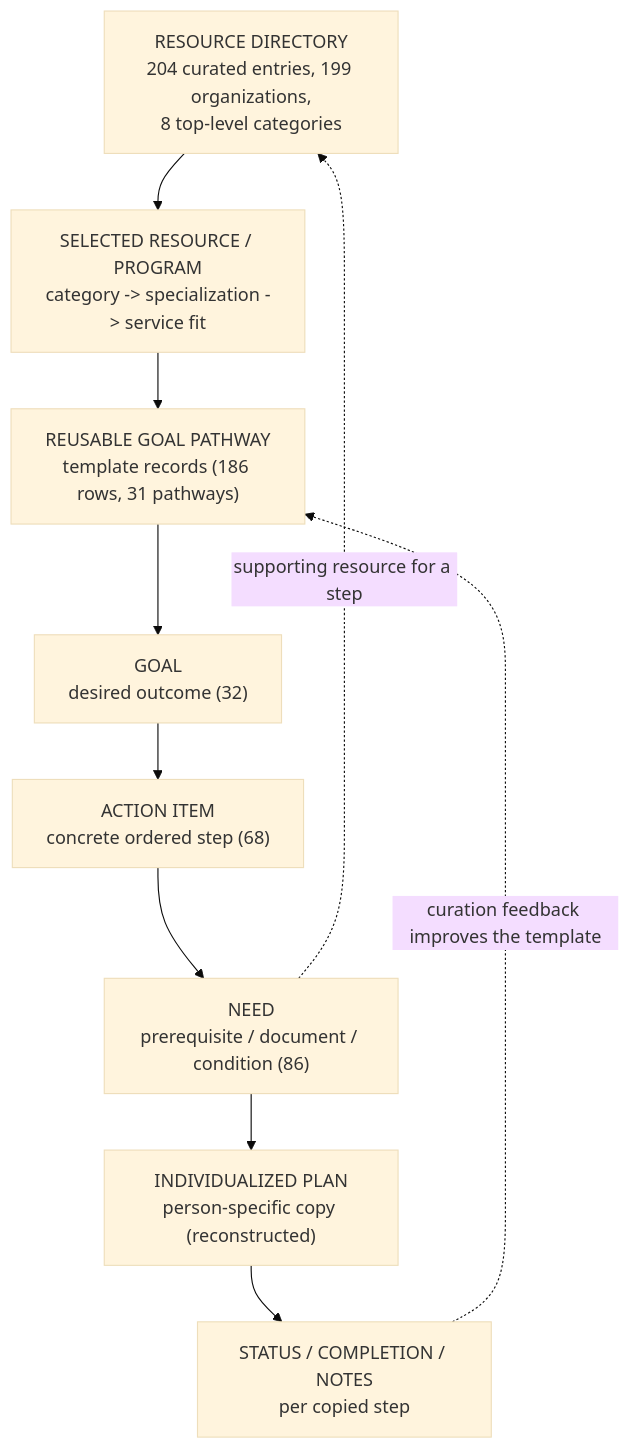
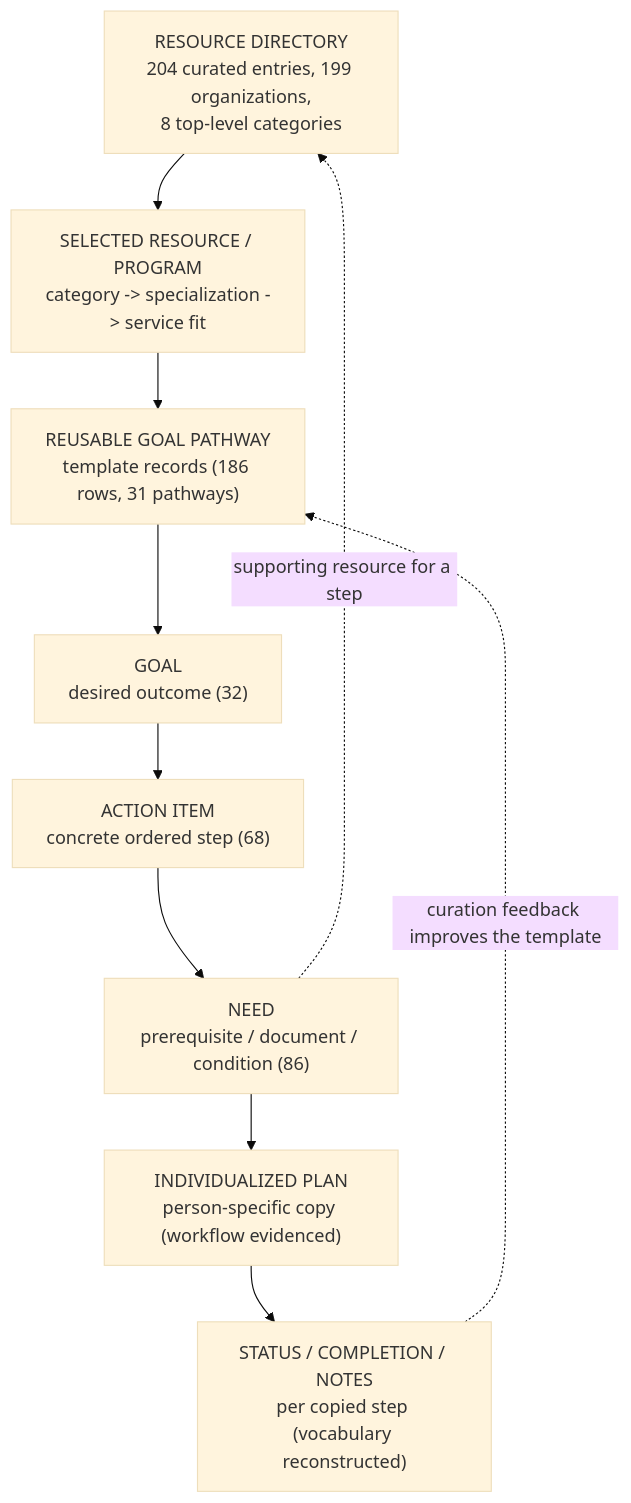
One commit to TheLittlestAskew/nonprofit-power-platform-ecosystem changed the diagram in architecture/service-navigation-lifecycle.md. Above: the diagram before and after it, drawn with Mermaid (base theme). The commit also changed other lines of this file and 7 other files, not shown here.

Commit message:
docs: register source-backed pathway copy workflow

````diff
--- a/architecture/service-navigation-lifecycle.md
+++ b/architecture/service-navigation-lifecycle.md
@@ -18,21 +23,21 @@
 ```mermaid
 flowchart TD
     RD["RESOURCE DIRECTORY\n204 curated entries, 199 organizations,\n8 top-level categories"]
     SR["SELECTED RESOURCE / PROGRAM\ncategory -> specialization -> service fit"]
     RP["REUSABLE GOAL PATHWAY\ntemplate records (186 rows, 31 pathways)"]
     G["GOAL\ndesired outcome (32)"]
     AI["ACTION ITEM\nconcrete ordered step (68)"]
     N["NEED\nprerequisite / document / condition (86)"]
-    IP["INDIVIDUALIZED PLAN\nperson-specific copy (reconstructed)"]
-    ST["STATUS / COMPLETION / NOTES\nper copied step"]
+    IP["INDIVIDUALIZED PLAN\nperson-specific copy (workflow evidenced)"]
+    ST["STATUS / COMPLETION / NOTES\nper copied step (vocabulary reconstructed)"]
 
     RD --> SR
     SR --> RP
     RP --> G
     G --> AI
     AI --> N
     N --> IP
     IP --> ST
     N -. "supporting resource for a step" .-> RD
     ST -. "curation feedback improves the template" .-> RP
 ```
````
